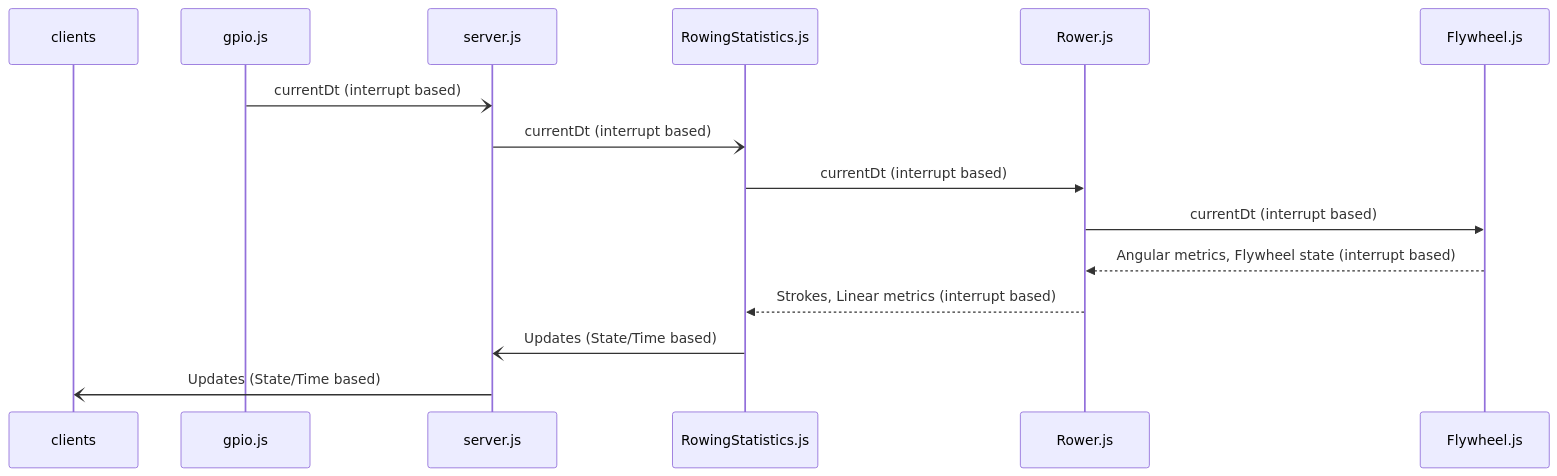
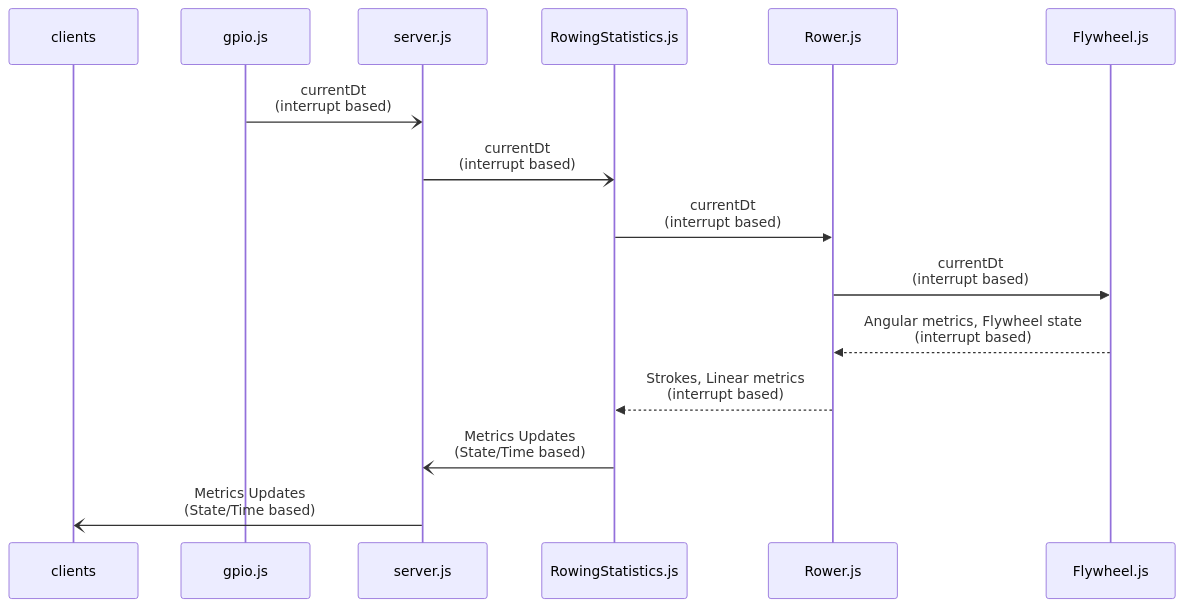
One commit to laberning/openrowingmonitor changed the first of 4 diagrams in docs/Architecture.md. Above: the diagram before and after it, drawn with Mermaid. The commit also changed other lines of this file, not shown here.

````diff
--- a/docs/Architecture.md
+++ b/docs/Architecture.md
@@ -16,17 +16,17 @@
 ```mermaid
 sequenceDiagram
   participant clients
   participant gpio.js
   participant server.js
   participant RowingStatistics.js
   participant Rower.js
   participant Flywheel.js
-  gpio.js-)server.js: currentDt (interrupt based)
-  server.js-)RowingStatistics.js: currentDt (interrupt based)
-  RowingStatistics.js->>Rower.js: currentDt (interrupt based)
-  Rower.js->>Flywheel.js: currentDt (interrupt based)
-  Flywheel.js-->>Rower.js: Angular metrics, Flywheel state (interrupt based)
-  Rower.js-->>RowingStatistics.js: Strokes, Linear metrics (interrupt based)
-  RowingStatistics.js-)server.js: Updates (State/Time based)
-  server.js-)clients: Updates (State/Time based)
+  gpio.js-)server.js: currentDt<br>(interrupt based)
+  server.js-)RowingStatistics.js: currentDt<br>(interrupt based)
+  RowingStatistics.js->>Rower.js: currentDt<br>(interrupt based)
+  Rower.js->>Flywheel.js: currentDt<br>(interrupt based)
+  Flywheel.js-->>Rower.js: Angular metrics, Flywheel state<br>(interrupt based)
+  Rower.js-->>RowingStatistics.js: Strokes, Linear metrics<br>(interrupt based)
+  RowingStatistics.js-)server.js: Metrics Updates<br>(State/Time based)
+  server.js-)clients: Metrics Updates<br>(State/Time based)
 ```
````
